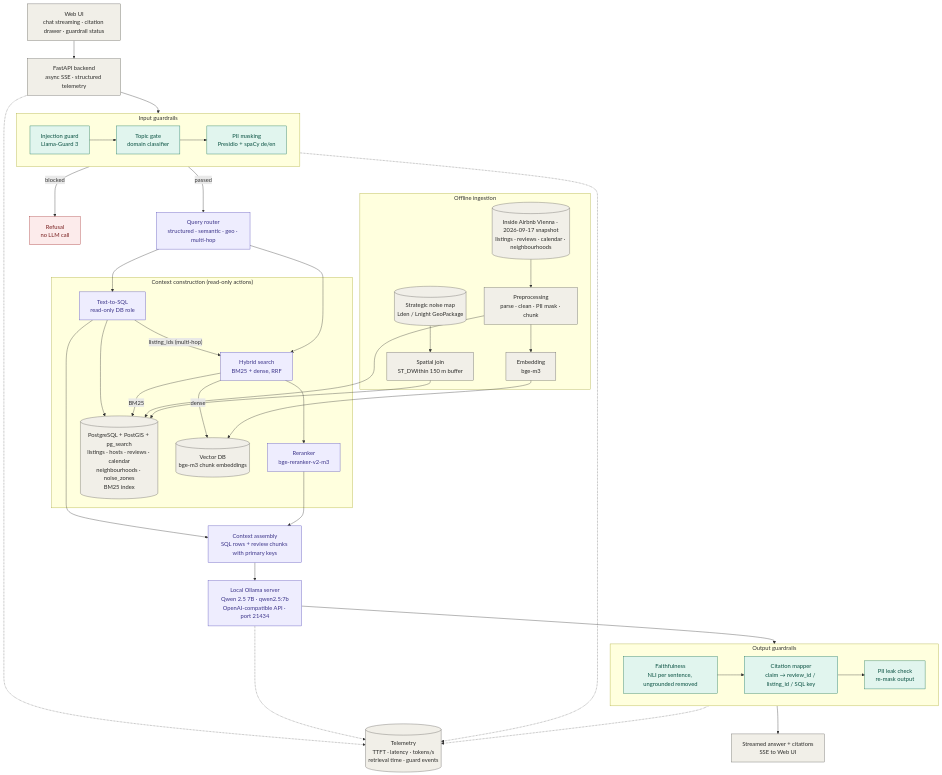
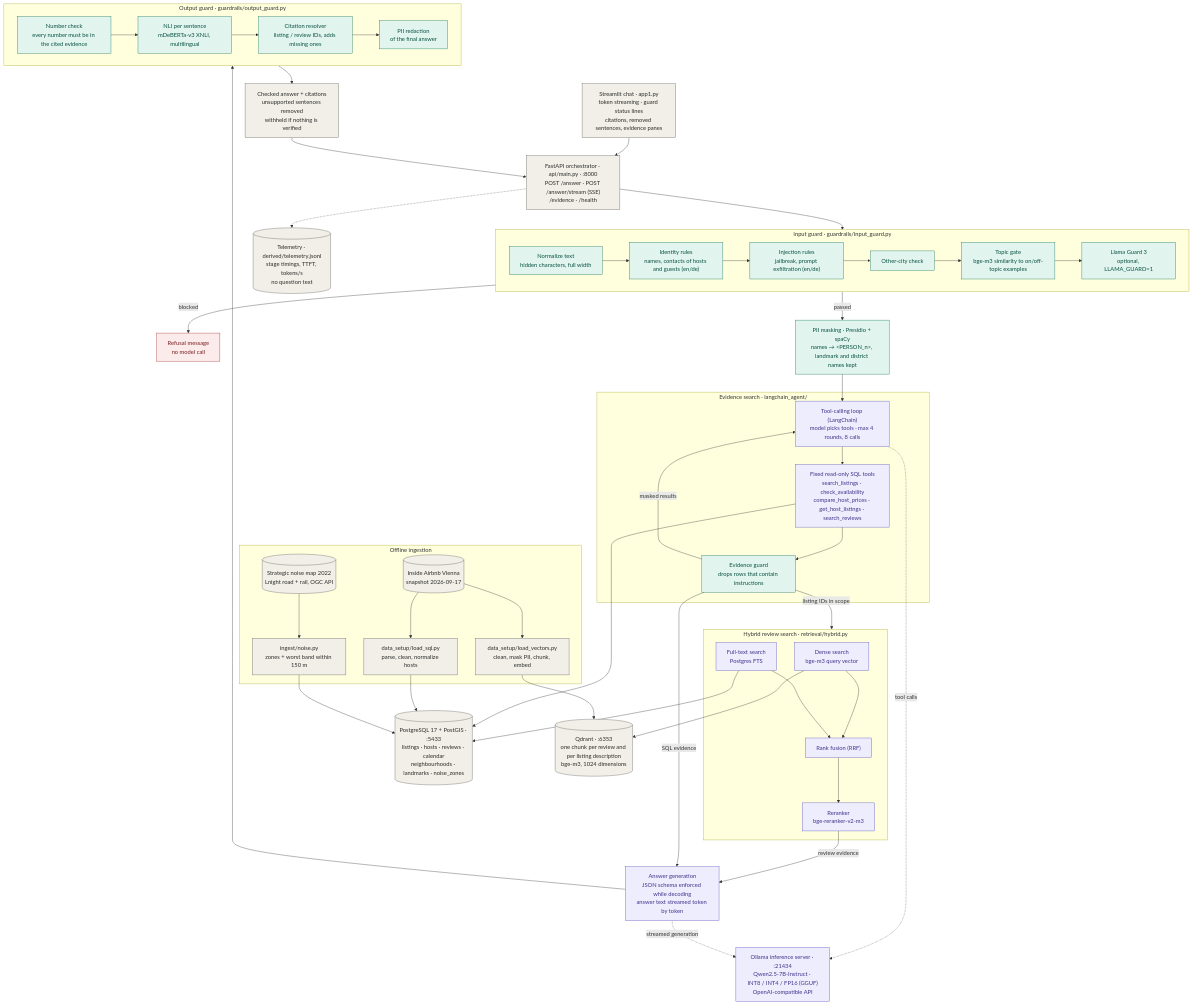
One commit to GeorgH02/SCAAI_group_G changed the diagram in docs/architecture.mermaid. Above: the diagram before and after it, drawn with Mermaid. The commit also changed 3 other files, not shown here.

First line of the commit message:
Add a guardrail evaluation and update the architecture diagram

```diff
--- a/docs/architecture.mermaid
+++ b/docs/architecture.mermaid
@@ -1,86 +1,96 @@
 flowchart TD
-    %% Application tables live in database vienna_stay, schema vienna_stay_assistant.
-    %% Target online architecture. Offline SQL/PostGIS schema and ingestion plus dense
-    %% ingestion and five read-only Python query tools are implemented; pg_search/BM25,
-    %% noise enrichment, text-to-SQL and public online flow remain planned.
-    %% langchain_agent/tools.py registers fixed SQL tools; langchain_agent/workflow.py implements
-    %% bounded local tool routing to evidence only, with required injected guards.
-    UI["Web UI<br/>chat streaming · citation drawer · guardrail status"]
-    API["FastAPI backend<br/>async SSE · structured telemetry"]
+    %% Vienna Stay Assistant as built (November 2026). Two tiers: the FastAPI orchestrator runs the
+    %% guards, retrieval and checks; Ollama is a separate inference server on its own port.
 
-    subgraph IN["Input guardrails"]
+    UI["Streamlit chat · app1.py<br/>token streaming · guard status lines<br/>citations, removed sentences, evidence panes"]
+    API["FastAPI orchestrator · api/main.py · :8000<br/>POST /answer · POST /answer/stream (SSE)<br/>/evidence · /health"]
+
+    subgraph IN["Input guard · guardrails/input_guard.py"]
         direction LR
-        INJ["Injection guard<br/>Llama-Guard 3"]
-        TOP["Topic gate<br/>domain classifier"]
-        PII["PII masking<br/>Presidio + spaCy de/en"]
-        INJ --> TOP --> PII
+        CLEAN["Normalize text<br/>hidden characters, full width"]
+        IDR["Identity rules<br/>names, contacts of hosts and guests (en/de)"]
+        INJ["Injection rules<br/>jailbreak, prompt exfiltration (en/de)"]
+        CITY["Other-city check"]
+        TOP["Topic gate<br/>bge-m3 similarity to on/off-topic examples"]
+        LG["Llama Guard 3<br/>optional, LLAMA_GUARD=1"]
+        CLEAN --> IDR --> INJ --> CITY --> TOP --> LG
     end
 
-    REJ["Refusal<br/>no LLM call"]
-    ROUTER["Query router<br/>structured · semantic · geo · multi-hop"]
+    REJ["Refusal message<br/>no model call"]
+    PII["PII masking · Presidio + spaCy<br/>names → &lt;PERSON_n&gt;, landmark and district names kept"]
 
-    subgraph CTX["Context construction (read-only actions)"]
-        SQL["Text-to-SQL<br/>read-only DB role"]
-        HYB["Hybrid search<br/>BM25 + dense, RRF"]
-        RR["Reranker<br/>bge-reranker-v2-m3"]
-        PG[("PostgreSQL + PostGIS + pg_search<br/>listings · hosts · reviews · calendar<br/>neighbourhoods · noise_zones<br/>BM25 index")]
-        VDB[("Vector DB<br/>bge-m3 chunk embeddings")]
-        SQL --> PG
-        SQL -- "listing_ids (multi-hop)" --> HYB
-        HYB -- "BM25" --> PG
-        HYB -- "dense" --> VDB
-        HYB --> RR
+    subgraph EV["Evidence search · langchain_agent/"]
+        AGENT["Tool-calling loop (LangChain)<br/>model picks tools · max 4 rounds, 8 calls"]
+        TOOLS["Fixed read-only SQL tools<br/>search_listings · check_availability<br/>compare_host_prices · get_host_listings · search_reviews"]
+        EG["Evidence guard<br/>drops rows that contain instructions"]
+        AGENT --> TOOLS --> EG
+        EG -- "masked results" --> AGENT
     end
 
-    ASM["Context assembly<br/>SQL rows + review chunks with primary keys"]
-    LLM["Local Ollama server<br/>Qwen 2.5 7B · qwen2.5:7b<br/>OpenAI-compatible API · port 21434"]
-
-    subgraph OUTG["Output guardrails"]
-        direction LR
-        FAITH["Faithfulness<br/>NLI per sentence, ungrounded removed"]
-        CITE["Citation mapper<br/>claim → review_id / listing_id / SQL key"]
-        LEAK["PII leak check<br/>re-mask output"]
-        FAITH --> CITE --> LEAK
+    subgraph HY["Hybrid review search · retrieval/hybrid.py"]
+        DENSE["Dense search<br/>bge-m3 query vector"]
+        FTS["Full-text search<br/>Postgres FTS"]
+        RRF["Rank fusion (RRF)"]
+        RR["Reranker<br/>bge-reranker-v2-m3"]
+        DENSE --> RRF
+        FTS --> RRF
+        RRF --> RR
     end
 
-    OUT["Streamed answer + citations<br/>SSE to Web UI"]
+    PG[("PostgreSQL 17 + PostGIS · :5433<br/>listings · hosts · reviews · calendar<br/>neighbourhoods · landmarks · noise_zones")]
+    VDB[("Qdrant · :6353<br/>one chunk per review and per listing description<br/>bge-m3, 1024 dimensions")]
+    LLM["Ollama inference server · :21434<br/>Qwen2.5-7B-Instruct · INT8 / INT4 / FP16 (GGUF)<br/>OpenAI-compatible API"]
+
+    GEN["Answer generation<br/>JSON schema enforced while decoding<br/>answer text streamed token by token"]
+
+    subgraph OUTG["Output guard · guardrails/output_guard.py"]
+        direction LR
+        NUM["Number check<br/>every number must be in the cited evidence"]
+        NLI["NLI per sentence<br/>mDeBERTa-v3 XNLI, multilingual"]
+        CITE["Citation resolver<br/>listing / review IDs, adds missing ones"]
+        RED["PII redaction<br/>of the final answer"]
+        NUM --> NLI --> CITE --> RED
+    end
+
+    OUT["Checked answer + citations<br/>unsupported sentences removed<br/>withheld if nothing is verified"]
+    TEL[("Telemetry · derived/telemetry.jsonl<br/>stage timings, TTFT, tokens/s<br/>no question text")]
 
     subgraph ING["Offline ingestion"]
-        AIR[("Inside Airbnb Vienna · 2026-09-17 snapshot<br/>listings · reviews · calendar · neighbourhoods")]
-        NOISE[("Strategic noise map<br/>Lden / Lnight GeoPackage")]
-        PREP["Preprocessing<br/>parse · clean · PII mask · chunk"]
-        EMB["Embedding<br/>bge-m3"]
-        SPATIAL["Spatial join<br/>ST_DWithin 150 m buffer"]
-        AIR --> PREP --> EMB
-        NOISE --> SPATIAL
+        AIR[("Inside Airbnb Vienna<br/>snapshot 2026-09-17")]
+        NOISE[("Strategic noise map 2022<br/>Lnight road + rail, OGC API")]
+        SQLLOAD["data_setup/load_sql.py<br/>parse, clean, normalize hosts"]
+        VECLOAD["data_setup/load_vectors.py<br/>clean, mask PII, chunk, embed"]
+        NOISELOAD["ingest/noise.py<br/>zones + worst band within 150 m"]
+        AIR --> SQLLOAD
+        AIR --> VECLOAD
+        NOISE --> NOISELOAD
     end
-
-    TEL[("Telemetry<br/>TTFT · latency · tokens/s<br/>retrieval time · guard events")]
 
     UI --> API --> IN
     IN -- "blocked" --> REJ
-    IN -- "passed" --> ROUTER
-    ROUTER --> SQL
-    ROUTER --> HYB
-    SQL --> ASM
-    RR --> ASM
-    ASM --> LLM --> OUTG --> OUT
+    IN -- "passed" --> PII --> AGENT
+    TOOLS --> PG
+    AGENT -. "tool calls" .-> LLM
+    EG -- "listing IDs in scope" --> HY
+    DENSE --> VDB
+    FTS --> PG
+    RR -- "review evidence" --> GEN
+    EG -- "SQL evidence" --> GEN
+    GEN -. "streamed generation" .-> LLM
+    GEN --> OUTG --> OUT --> API
 
-    PREP --> PG
-    EMB --> VDB
-    SPATIAL --> PG
+    SQLLOAD --> PG
+    NOISELOAD --> PG
+    VECLOAD --> VDB
 
     API -.-> TEL
-    IN -.-> TEL
-    LLM -.-> TEL
-    OUTG -.-> TEL
 
     classDef guard fill:#E1F5EE,stroke:#0F6E56,color:#085041
     classDef core fill:#EEEDFE,stroke:#534AB7,color:#3C3489
     classDef infra fill:#F1EFE8,stroke:#5F5E5A,color:#2C2C2A
     classDef reject fill:#FCEBEB,stroke:#A32D2D,color:#791F1F
 
-    class INJ,TOP,PII,FAITH,CITE,LEAK guard
-    class ROUTER,SQL,HYB,RR,ASM,LLM core
-    class UI,API,OUT,PG,VDB,AIR,NOISE,PREP,EMB,SPATIAL,TEL infra
+    class CLEAN,IDR,INJ,CITY,TOP,LG,PII,EG,NUM,NLI,CITE,RED guard
+    class AGENT,TOOLS,DENSE,FTS,RRF,RR,GEN,LLM core
+    class UI,API,OUT,PG,VDB,AIR,NOISE,SQLLOAD,VECLOAD,NOISELOAD,TEL infra
     class REJ reject
```
